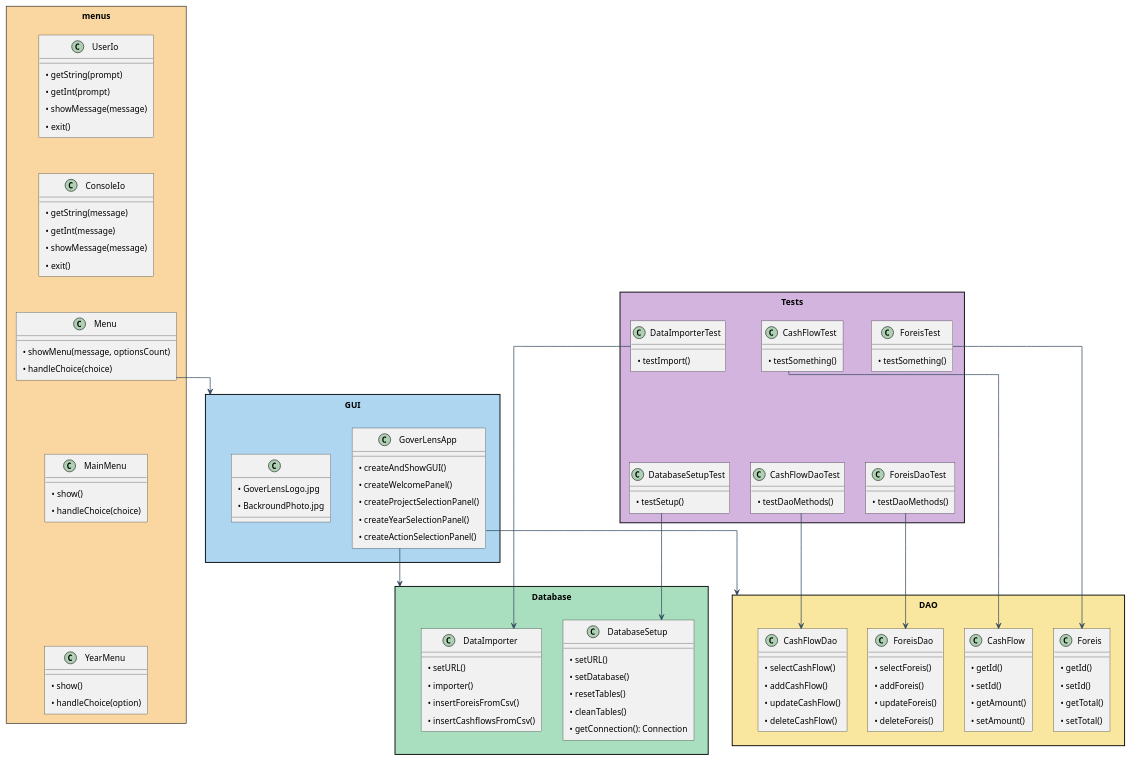
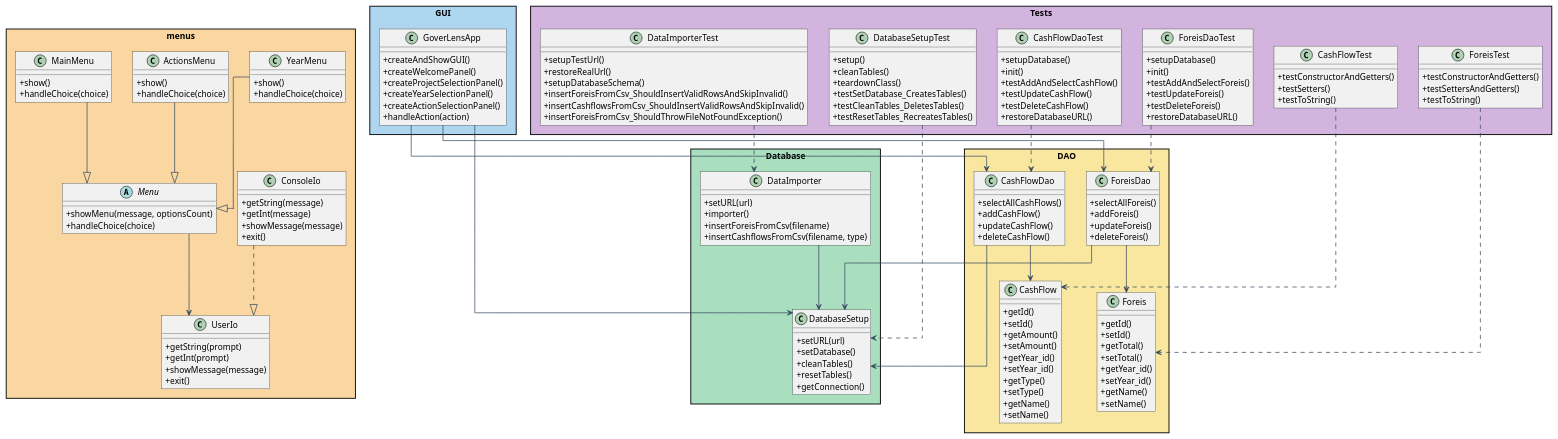
The diagram in project_diagram.puml (FilothodorosChristos/404_NOT_FOUND), drawn with PlantUML before and after one commit. The commit also changed 2 other files, not shown here.

```diff
--- a/project_diagram.puml
+++ b/project_diagram.puml
@@ -4,154 +4,203 @@
 skinparam shadowing false
 skinparam ArrowColor #34495E
 skinparam ArrowThickness 1.2
-skinparam classFontSize 16
+skinparam classFontSize 14
 skinparam defaultFontSize 14
 skinparam classAttributeIconSize 0
 skinparam tightVSpacing true
 skinparam linetype ortho
 
-' ===== ΠΟΛΥ ΜΙΚΡΟ MENU ΠΑΝΩ ΠΑΝΩ =====
-skinparam padding 1
-skinparam packagePadding 1
-skinparam packageMargin 1
-rectangle "menus" #FAD7A0 {
+' ===== MENUS =====
+package "menus" #FAD7A0 {
+
     class UserIo {
-        • getString(prompt)
-        • getInt(prompt)
-        • showMessage(message)
-        • exit()
-    }
-    class ConsoleIo {
-        • getString(message)
-        • getInt(message)
-        • showMessage(message)
-        • exit()
-    }
-    class Menu {
-        • showMenu(message, optionsCount)
-        • handleChoice(choice)
-    }
-    class MainMenu {
-        • show()
-        • handleChoice(choice)
-    }
-    class YearMenu {
-        • show()
-        • handleChoice(option)
+        + getString(prompt)
+        + getInt(prompt)
+        + showMessage(message)
+        + exit()
     }
 
-    ' Κοντά μεταξύ τους
-    UserIo -[hidden]-> ConsoleIo
-    ConsoleIo -[hidden]-> Menu
-    Menu -[hidden]-> MainMenu
-    MainMenu -[hidden]-> YearMenu
+    class ConsoleIo {
+        + getString(message)
+        + getInt(message)
+        + showMessage(message)
+        + exit()
+    }
+
+    ConsoleIo ..|> UserIo
+
+    abstract class Menu {
+        + showMenu(message, optionsCount)
+        + handleChoice(choice)
+    }
+
+    class MainMenu {
+        + show()
+        + handleChoice(choice)
+    }
+
+    class YearMenu {
+        + show()
+        + handleChoice(choice)
+    }
+
+    class ActionsMenu {
+        + show()
+        + handleChoice(choice)
+    }
+
+    MainMenu --|> Menu
+    YearMenu --|> Menu
+    ActionsMenu --|> Menu
 }
 
 ' ===== GUI =====
-skinparam padding 5
-skinparam packagePadding 10
-skinparam packageMargin 10
 package "GUI" #AED6F1 {
+    skinparam classPadding 20
+    skinparam classFontSize 14
+
     class GoverLensApp {
-        • createAndShowGUI()
-        • createWelcomePanel()
-        • createProjectSelectionPanel()
-        • createYearSelectionPanel()
-        • createActionSelectionPanel()
-    }
-
-    class ImagePanelHelper as " " {
-        • GoverLensLogo.jpg
-        • BackroundPhoto.jpg
+        + createAndShowGUI()
+        + createWelcomePanel()
+        + createProjectSelectionPanel()
+        + createYearSelectionPanel()
+        + createActionSelectionPanel()
+        + handleAction(action)
     }
 }
 
 ' ===== DAO =====
 package "DAO" #F9E79F {
+
     class CashFlow {
-        • getId()
-        • setId()
-        • getAmount()
-        • setAmount()
+        + getId()
+        + setId()
+        + getAmount()
+        + setAmount()
+        + getYear_id()
+        + setYear_id()
+        + getType()
+        + setType()
+        + getName()
+        + setName()
     }
 
     class CashFlowDao {
-        • selectCashFlow()
-        • addCashFlow()
-        • updateCashFlow()
-        • deleteCashFlow()
+        + selectAllCashFlows()
+        + addCashFlow()
+        + updateCashFlow()
+        + deleteCashFlow()
     }
 
     class Foreis {
-        • getId()
-        • setId()
-        • getTotal()
-        • setTotal()
+        + getId()
+        + setId()
+        + getTotal()
+        + setTotal()
+        + getYear_id()
+        + setYear_id()
+        + getName()
+        + setName()
     }
 
     class ForeisDao {
-        • selectForeis()
-        • addForeis()
-        • updateForeis()
-        • deleteForeis()
+        + selectAllForeis()
+        + addForeis()
+        + updateForeis()
+        + deleteForeis()
     }
+
+    CashFlowDao --> CashFlow
+    ForeisDao --> Foreis
 }
 
-' ===== Database =====
+' ===== DATABASE =====
 package "Database" #A9DFBF {
+
     class DatabaseSetup {
-        • setURL()
-        • setDatabase()
-        • resetTables()
-        • cleanTables()
-        • getConnection(): Connection
+        + setURL(url)
+        + setDatabase()
+        + cleanTables()
+        + resetTables()
+        + getConnection()
     }
 
     class DataImporter {
-        • setURL()
-        • importer()
-        • insertForeisFromCsv()
-        • insertCashflowsFromCsv()
+        + setURL(url)
+        + importer()
+        + insertForeisFromCsv(filename)
+        + insertCashflowsFromCsv(filename, type)
     }
+
+    CashFlowDao --> DatabaseSetup
+    ForeisDao --> DatabaseSetup
+    DataImporter --> DatabaseSetup
 }
 
 ' ===== TESTS =====
 package "Tests" #D2B4DE {
+
     class CashFlowTest {
-        • testSomething()
+        + testConstructorAndGetters()
+        + testSetters()
+        + testToString()
     }
+
     class CashFlowDaoTest {
-        • testDaoMethods()
+        + setupDatabase()
+        + init()
+        + testAddAndSelectCashFlow()
+        + testUpdateCashFlow()
+        + testDeleteCashFlow()
+        + restoreDatabaseURL()
     }
+
     class ForeisTest {
-        • testSomething()
+        + testConstructorAndGetters()
+        + testSettersAndGetters()
+        + testToString()
     }
+
     class ForeisDaoTest {
-        • testDaoMethods()
+        + setupDatabase()
+        + init()
+        + testAddAndSelectForeis()
+        + testUpdateForeis()
+        + testDeleteForeis()
+        + restoreDatabaseURL()
     }
+
     class DataImporterTest {
-        • testImport()
+        + setupTestUrl()
+        + restoreRealUrl()
+        + setupDatabaseSchema()
+        + insertForeisFromCsv_ShouldInsertValidRowsAndSkipInvalid()
+        + insertCashflowsFromCsv_ShouldInsertValidRowsAndSkipInvalid()
+        + insertForeisFromCsv_ShouldThrowFileNotFoundException()
     }
+
     class DatabaseSetupTest {
-        • testSetup()
+        + setup()
+        + cleanTables()
+        + teardownClass()
+        + testSetDatabase_CreatesTables()
+        + testCleanTables_DeletesTables()
+        + testResetTables_RecreatesTables()
     }
+
+    ' Dependencies (tests depend on classes)
+    CashFlowTest ..> CashFlow
+    CashFlowDaoTest ..> CashFlowDao
+    ForeisTest ..> Foreis
+    ForeisDaoTest ..> ForeisDao
+    DataImporterTest ..> DataImporter
+    DatabaseSetupTest ..> DatabaseSetup
 }
 
-' ===== ΟΜΑΔΟΠΟΙΗΣΗ ΓΙΑ COMPACT =====
-CashFlowTest -[hidden]-> CashFlowDaoTest
-ForeisTest -[hidden]-> ForeisDaoTest
-DataImporterTest -[hidden]-> DatabaseSetupTest
-
-' ===== ΣΥΝΔΕΣΕΙΣ =====
-Menu --> GUI
-GoverLensApp --> DAO
-GoverLensApp --> Database
-
-CashFlowTest --> CashFlow
-CashFlowDaoTest --> CashFlowDao
-ForeisTest --> Foreis
-ForeisDaoTest --> ForeisDao
-DataImporterTest --> DataImporter
-DatabaseSetupTest --> DatabaseSetup
+' ===== CONNECTIONS =====
+Menu --> UserIo
+GoverLensApp --> CashFlowDao
+GoverLensApp --> ForeisDao
+GoverLensApp --> DatabaseSetup
 
 @enduml
```
